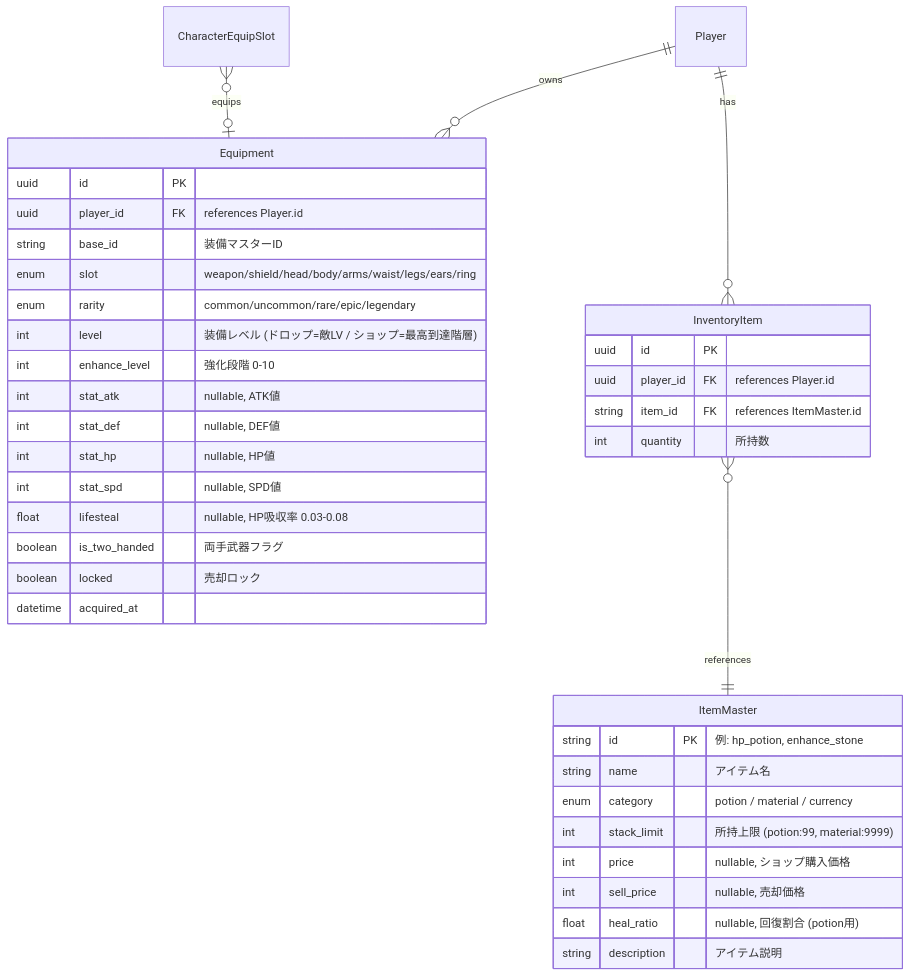
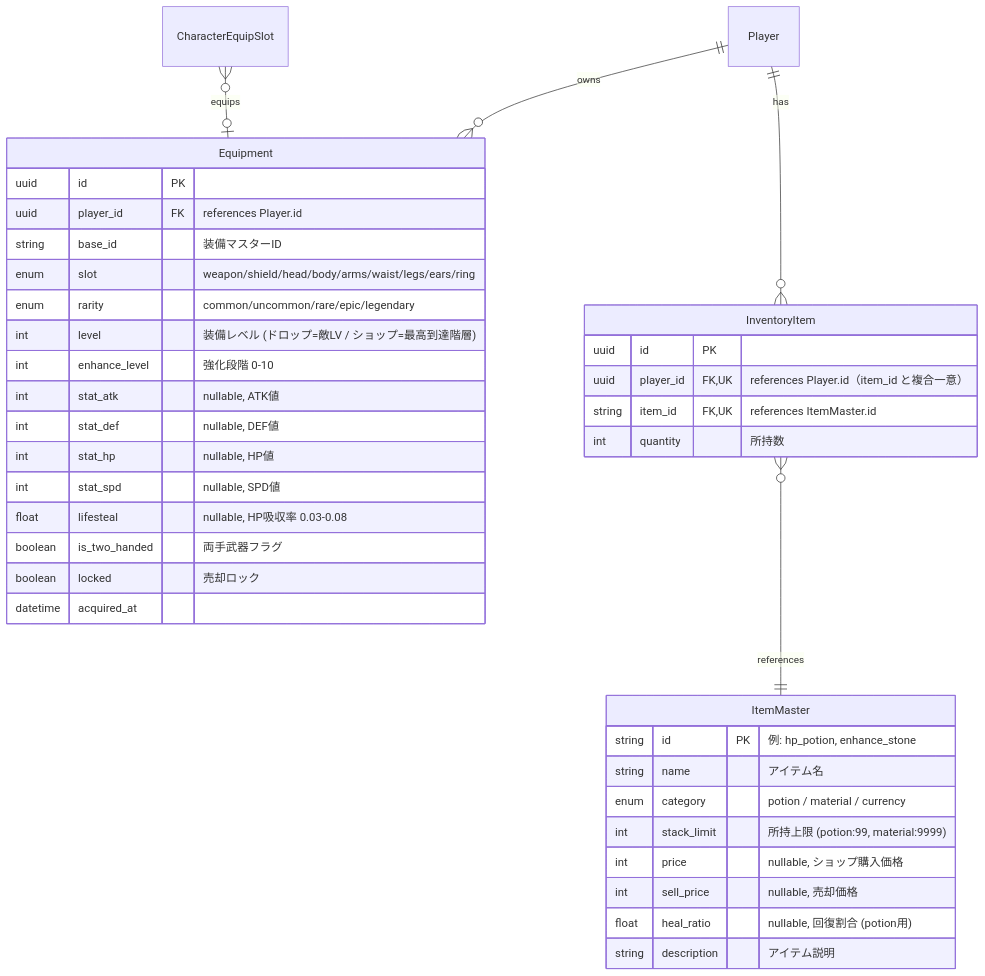
The first of 2 diagrams in diagrams/er_diagram/item.md (dateeee/2026_AFKGAME), drawn with Mermaid before and after one commit. The commit also changed other lines of this file and 41 other files, not shown here.

````diff
--- a/diagrams/er_diagram/item.md
+++ b/diagrams/er_diagram/item.md
@@ -7,44 +7,44 @@
 ```mermaid
 %%{init: {'theme': 'default', 'themeVariables': {'fontSize': '16px'}} }%%
 erDiagram
     Player ||--o{ Equipment : "owns"
     Player ||--o{ InventoryItem : "has"
     CharacterEquipSlot }o--o| Equipment : "equips"
     InventoryItem }o--|| ItemMaster : "references"
 
     Equipment {
         uuid id PK
         uuid player_id FK "references Player.id"
         string base_id "装備マスターID"
         enum slot "weapon/shield/head/body/arms/waist/legs/ears/ring"
         enum rarity "common/uncommon/rare/epic/legendary"
         int level "装備レベル (ドロップ=敵LV / ショップ=最高到達階層)"
         int enhance_level "強化段階 0-10"
         int stat_atk "nullable, ATK値"
         int stat_def "nullable, DEF値"
         int stat_hp "nullable, HP値"
         int stat_spd "nullable, SPD値"
         float lifesteal "nullable, HP吸収率 0.03-0.08"
         boolean is_two_handed "両手武器フラグ"
         boolean locked "売却ロック"
         datetime acquired_at
     }
 
     InventoryItem {
         uuid id PK
-        uuid player_id FK "references Player.id"
-        string item_id FK "references ItemMaster.id"
+        uuid player_id FK, UK "references Player.id（item_id と複合一意）"
+        string item_id FK, UK "references ItemMaster.id"
         int quantity "所持数"
     }
 
     ItemMaster {
         string id PK "例: hp_potion, enhance_stone"
         string name "アイテム名"
         enum category "potion / material / currency"
         int stack_limit "所持上限 (potion:99, material:9999)"
         int price "nullable, ショップ購入価格"
         int sell_price "nullable, 売却価格"
         float heal_ratio "nullable, 回復割合 (potion用)"
         string description "アイテム説明"
     }
 ```
````
